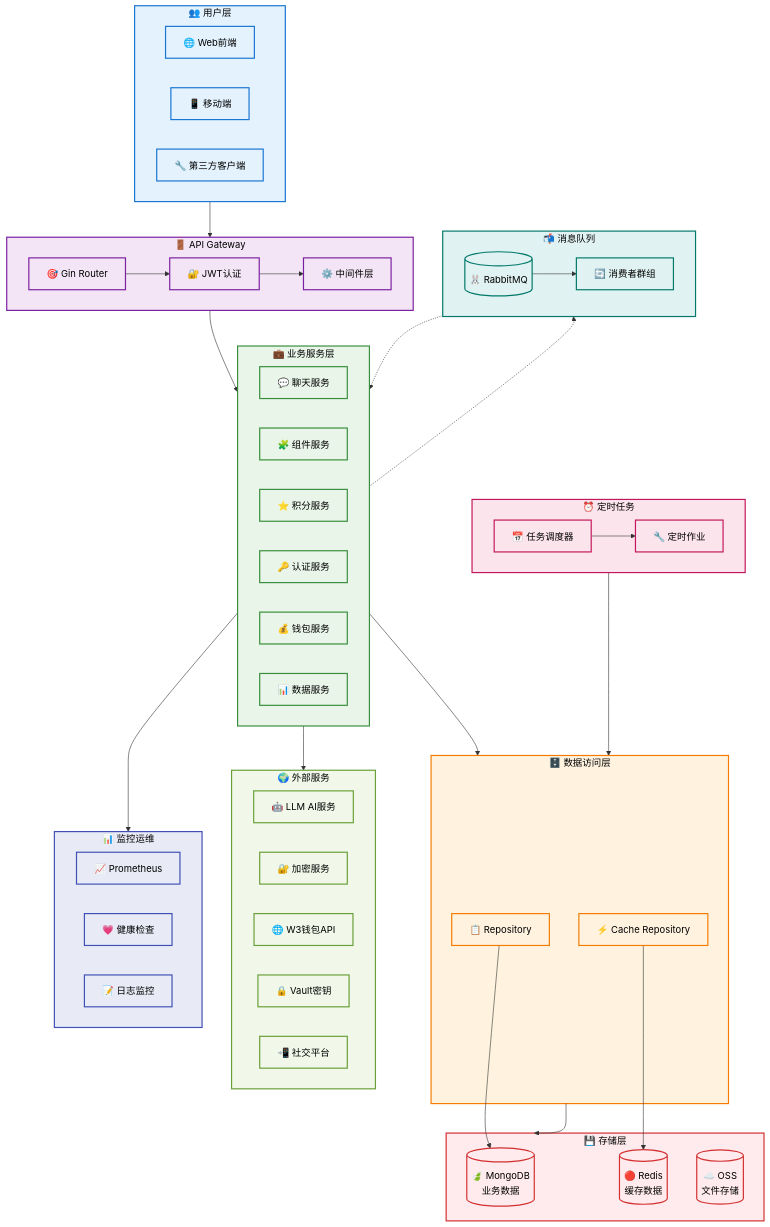
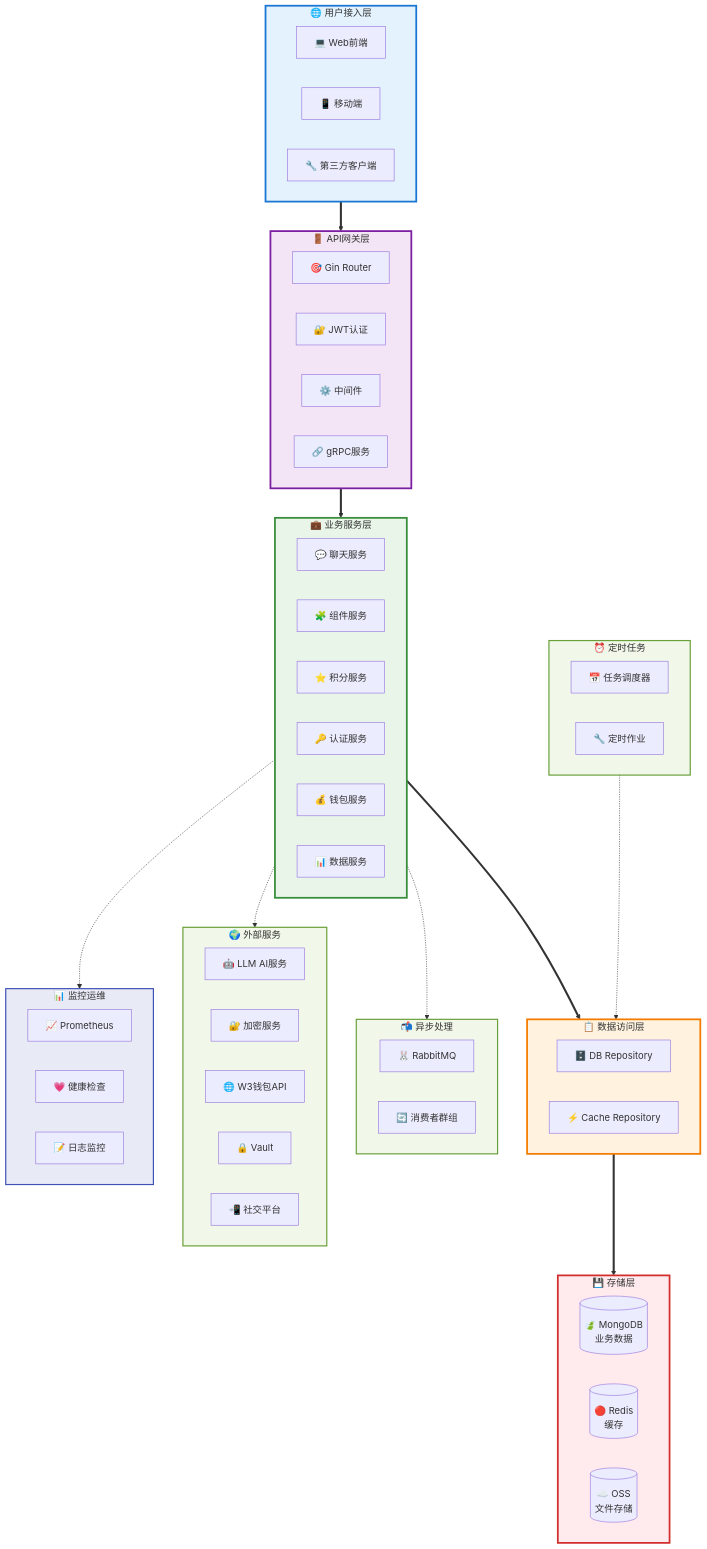
Before and after one commit to yingjianzh/iodraw-files: the diagram in all/未命名-80.md, drawn with Mermaid.

Commit message:
2025-07-31 16:23:25 update

````diff
--- a/all/未命名-80.md
+++ b/all/未命名-80.md
@@ -1,108 +1,94 @@
 ```mermaid
-flowchart TD
-    %% 用户层
-    subgraph users ["👥 用户层"]
-        web["🌐 Web前端"]
-        mobile["📱 移动端"]
-        api_client["🔧 第三方客户端"]
+graph TB
+    %% 分层架构
+    subgraph layer1 ["🌐 用户接入层"]
+        direction LR
+        A1["💻 Web前端"] 
+        A2["📱 移动端"]
+        A3["🔧 第三方客户端"]
     end
-
-    %% API网关层
-    subgraph gateway ["🚪 API Gateway"]
-        router["🎯 Gin Router"]
-        auth["🔐 JWT认证"]
-        middleware["⚙️ 中间件层"]
+    
+    subgraph layer2 ["🚪 API网关层"]
+        direction LR
+        B1["🎯 Gin Router"]
+        B2["🔐 JWT认证"] 
+        B3["⚙️ 中间件"]
+        B4["🔗 gRPC服务"]
     end
-
-    %% 业务服务层
-    subgraph services ["💼 业务服务层"]
-        chat["💬 聊天服务"]
-        component["🧩 组件服务"]
-        points["⭐ 积分服务"]
-        auth_svc["🔑 认证服务"]
-        wallet_svc["💰 钱包服务"]
-        data_svc["📊 数据服务"]
+    
+    subgraph layer3 ["💼 业务服务层"]
+        direction LR
+        C1["💬 聊天服务"]
+        C2["🧩 组件服务"]
+        C3["⭐ 积分服务"]
+        C4["🔑 认证服务"]
+        C5["💰 钱包服务"]
+        C6["📊 数据服务"]
     end
-
-    %% 数据层
-    subgraph data ["🗄️ 数据访问层"]
-        repo["📋 Repository"]
-        cache_repo["⚡ Cache Repository"]
+    
+    subgraph layer4 ["📋 数据访问层"]
+        direction LR
+        D1["🗄️ DB Repository"]
+        D2["⚡ Cache Repository"]
     end
-
-    %% 存储层
-    subgraph storage ["💾 存储层"]
-        mongo[("🍃 MongoDB<br/>业务数据")]
-        redis[("🔴 Redis<br/>缓存数据")]
-        oss[("☁️ OSS<br/>文件存储")]
+    
+    subgraph layer5 ["💾 存储层"]
+        direction LR
+        E1[("🍃 MongoDB<br/>业务数据")]
+        E2[("🔴 Redis<br/>缓存")]
+        E3[("☁️ OSS<br/>文件存储")]
     end
-
-    %% 消息队列
-    subgraph queue ["📬 消息队列"]
-        rabbitmq[("🐰 RabbitMQ")]
-        consumers["🔄 消费者群组"]
+    
+    %% 侧边组件
+    subgraph side1 ["📬 异步处理"]
+        F1["🐰 RabbitMQ"]
+        F2["🔄 消费者群组"]
     end
-
-    %% 定时任务
-    subgraph cron ["⏰ 定时任务"]
-        scheduler["📅 任务调度器"]
-        jobs["🔧 定时作业"]
+    
+    subgraph side2 ["⏰ 定时任务"]
+        G1["📅 任务调度器"]
+        G2["🔧 定时作业"]
     end
-
-    %% 外部服务
-    subgraph external ["🌍 外部服务"]
-        llm["🤖 LLM AI服务"]
-        crypto["🔐 加密服务"]
-        w3api["🌐 W3钱包API"]
-        vault["🔒 Vault密钥"]
-        social["📲 社交平台"]
+    
+    subgraph side3 ["🌍 外部服务"]
+        H1["🤖 LLM AI服务"]
+        H2["🔐 加密服务"]
+        H3["🌐 W3钱包API"]
+        H4["🔒 Vault"]
+        H5["📲 社交平台"]
     end
-
-    %% 监控
-    subgraph monitor ["📊 监控运维"]
-        metrics["📈 Prometheus"]
-        health["💗 健康检查"]
-        logs["📝 日志监控"]
+    
+    subgraph side4 ["📊 监控运维"]
+        I1["📈 Prometheus"]
+        I2["💗 健康检查"]
+        I3["📝 日志监控"]
     end
-
+    
     %% 连接关系
-    users --> gateway
-    gateway --> services
-    services --> data
-    data --> storage
-    services -.-> queue
-    queue -.-> services
-    services --> external
-    cron --> data
-    services --> monitor
-
-    %% 内部连接
-    router --> auth
-    auth --> middleware
-    repo --> mongo
-    cache_repo --> redis
-    rabbitmq --> consumers
-    scheduler --> jobs
-
-    %% 样式定义
-    classDef userStyle fill:#e3f2fd,stroke:#1976d2,stroke-width:2px,color:#000
-    classDef gatewayStyle fill:#f3e5f5,stroke:#7b1fa2,stroke-width:2px,color:#000
-    classDef serviceStyle fill:#e8f5e8,stroke:#388e3c,stroke-width:2px,color:#000
-    classDef dataStyle fill:#fff3e0,stroke:#f57c00,stroke-width:2px,color:#000
-    classDef storageStyle fill:#ffebee,stroke:#d32f2f,stroke-width:2px,color:#000
-    classDef queueStyle fill:#e0f2f1,stroke:#00796b,stroke-width:2px,color:#000
-    classDef cronStyle fill:#fce4ec,stroke:#c2185b,stroke-width:2px,color:#000
-    classDef externalStyle fill:#f1f8e9,stroke:#689f38,stroke-width:2px,color:#000
-    classDef monitorStyle fill:#e8eaf6,stroke:#3f51b5,stroke-width:2px,color:#000
-
-    %% 应用样式
-    class users,web,mobile,api_client userStyle
-    class gateway,router,auth,middleware gatewayStyle
-    class services,chat,component,points,auth_svc,wallet_svc,data_svc serviceStyle
-    class data,repo,cache_repo dataStyle
-    class storage,mongo,redis,oss storageStyle
-    class queue,rabbitmq,consumers queueStyle
-    class cron,scheduler,jobs cronStyle
-    class external,llm,crypto,w3api,vault,social externalStyle
-    class monitor,metrics,health,logs monitorStyle
+    layer1 ==> layer2
+    layer2 ==> layer3
+    layer3 ==> layer4
+    layer4 ==> layer5
+    
+    layer3 -.-> side1
+    layer3 -.-> side3
+    side2 -.-> layer4
+    layer3 -.-> side4
+    
+    %% 样式
+    classDef userLayer fill:#e3f2fd,stroke:#1976d2,stroke-width:3px
+    classDef gatewayLayer fill:#f3e5f5,stroke:#7b1fa2,stroke-width:3px
+    classDef serviceLayer fill:#e8f5e8,stroke:#388e3c,stroke-width:3px
+    classDef dataLayer fill:#fff3e0,stroke:#f57c00,stroke-width:3px
+    classDef storageLayer fill:#ffebee,stroke:#d32f2f,stroke-width:3px
+    classDef sideComponent fill:#f1f8e9,stroke:#689f38,stroke-width:2px
+    classDef monitor fill:#e8eaf6,stroke:#3f51b5,stroke-width:2px
+    
+    class layer1 userLayer
+    class layer2 gatewayLayer
+    class layer3 serviceLayer
+    class layer4 dataLayer
+    class layer5 storageLayer
+    class side1,side2,side3 sideComponent
+    class side4 monitor
 ```
````
